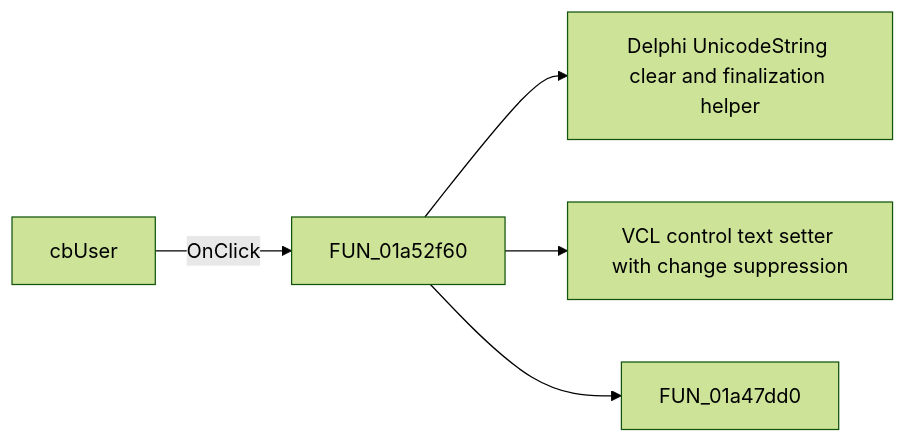
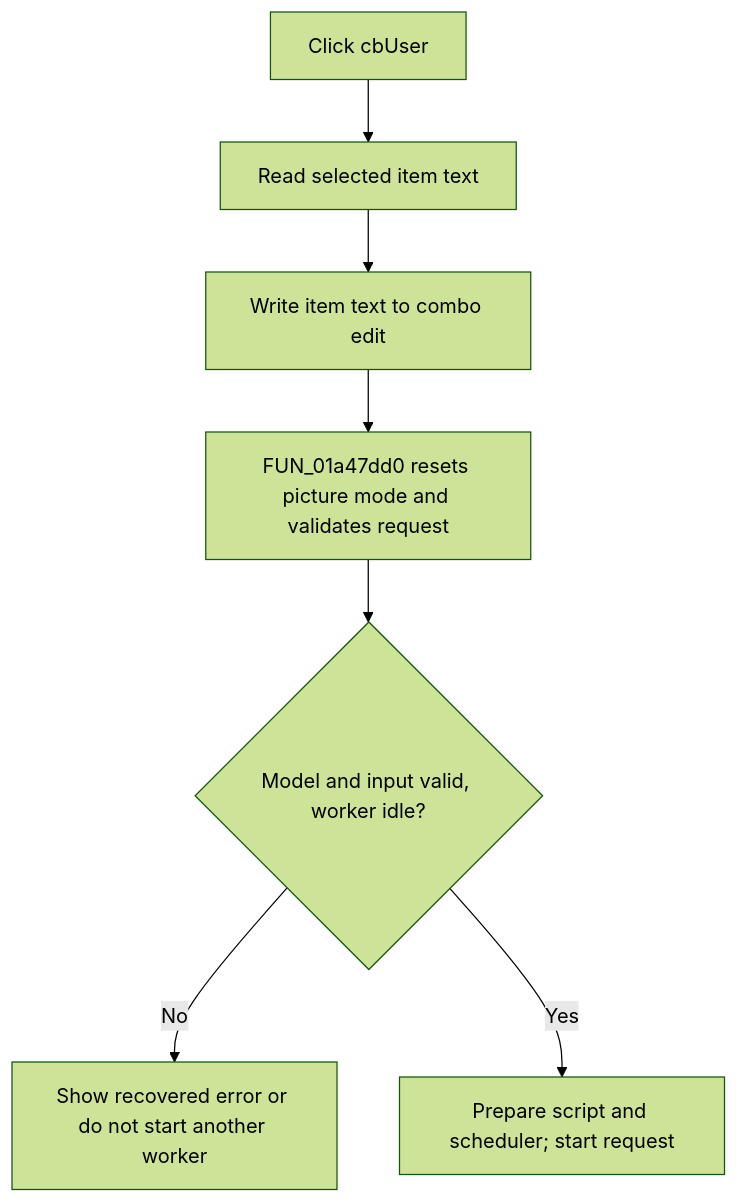
Before and after one commit to MovGP0/TIARA: the diagram in docs/ui-controls/localllmform/cbuser-466bd82f7b.md, drawn with Mermaid (forest theme). The commit also changed other lines of this file and 1062 other files, not shown here.

````diff
--- a/docs/ui-controls/localllmform/cbuser-466bd82f7b.md
+++ b/docs/ui-controls/localllmform/cbuser-466bd82f7b.md
@@ -27,7 +31,9 @@
 ```mermaid
-flowchart LR
-    control["cbUser"] -->|OnClick| handler["FUN_01a52f60"]
-    handler --> call1["Delphi UnicodeString clear and finalization helper"]
-    handler --> call2["VCL control text setter with change suppression"]
-    handler --> call3["FUN_01a47dd0"]
+flowchart TD
+    control["Click cbUser"] --> selection["Read selected item text"]
+    selection --> display["Write item text to combo edit"]
+    display --> request["FUN_01a47dd0 resets picture mode and validates request"]
+    request --> valid{"Model and input valid, worker idle?"}
+    valid -->|No| stop["Show recovered error or do not start another worker"]
+    valid -->|Yes| launch["Prepare script and scheduler; start request"]
 ```
````
